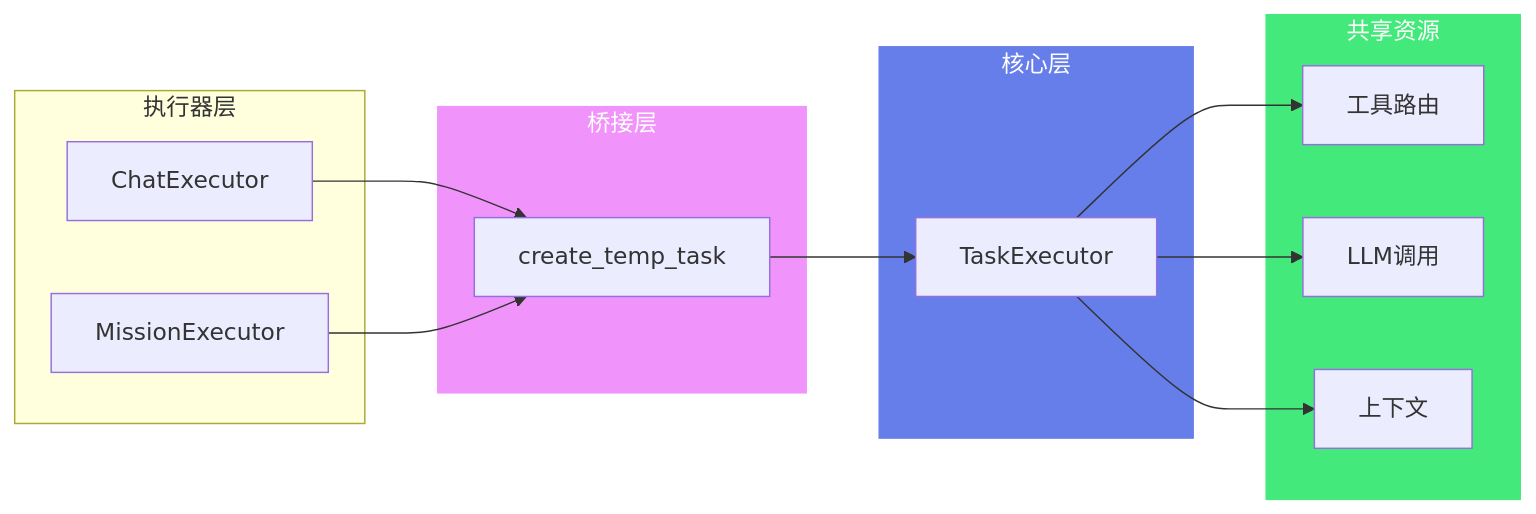
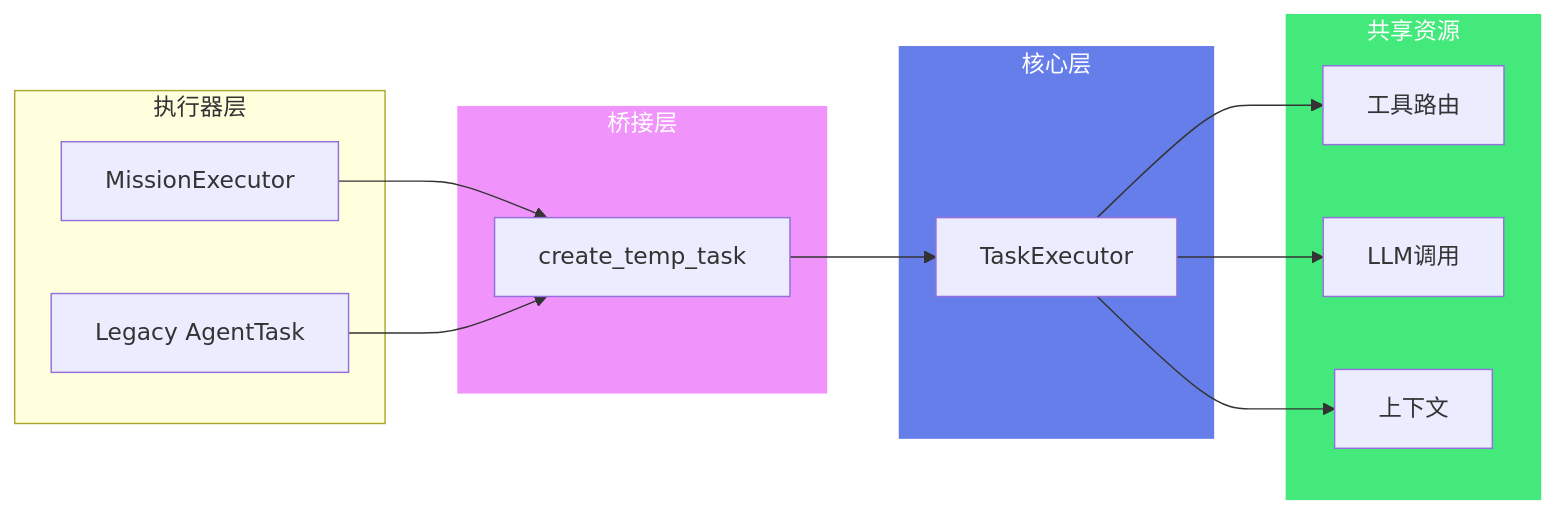
Before and after one commit to jsjm1986/AGIME: the sixth of 8 diagrams in docs/ARCHITECTURE.md, drawn with Mermaid. The commit also changed other lines of this file and 6 other files, not shown here.

````diff
--- a/docs/ARCHITECTURE.md
+++ b/docs/ARCHITECTURE.md
@@ -451,32 +447,32 @@
 ```mermaid
 graph LR
     subgraph Executors["执行器层"]
-        Chat[ChatExecutor]
         Mission[MissionExecutor]
+        Legacy[Legacy AgentTask]
     end
 
     subgraph Bridge["桥接层"]
         TempTask[create_temp_task]
     end
 
     subgraph Core["核心层"]
         TaskExec[TaskExecutor]
     end
 
     subgraph Shared["共享资源"]
         Tools[工具路由]
         LLM[LLM调用]
         Context[上下文]
     end
 
-    Chat --> TempTask
     Mission --> TempTask
+    Legacy --> TempTask
     TempTask --> TaskExec
     TaskExec --> Tools
     TaskExec --> LLM
     TaskExec --> Context
 
     style Bridge fill:#f093fb,stroke:#f093fb,color:#ffffff
     style Core fill:#667eea,stroke:#667eea,color:#ffffff
     style Shared fill:#43e97b,stroke:#43e97b,color:#ffffff
 ```
````
